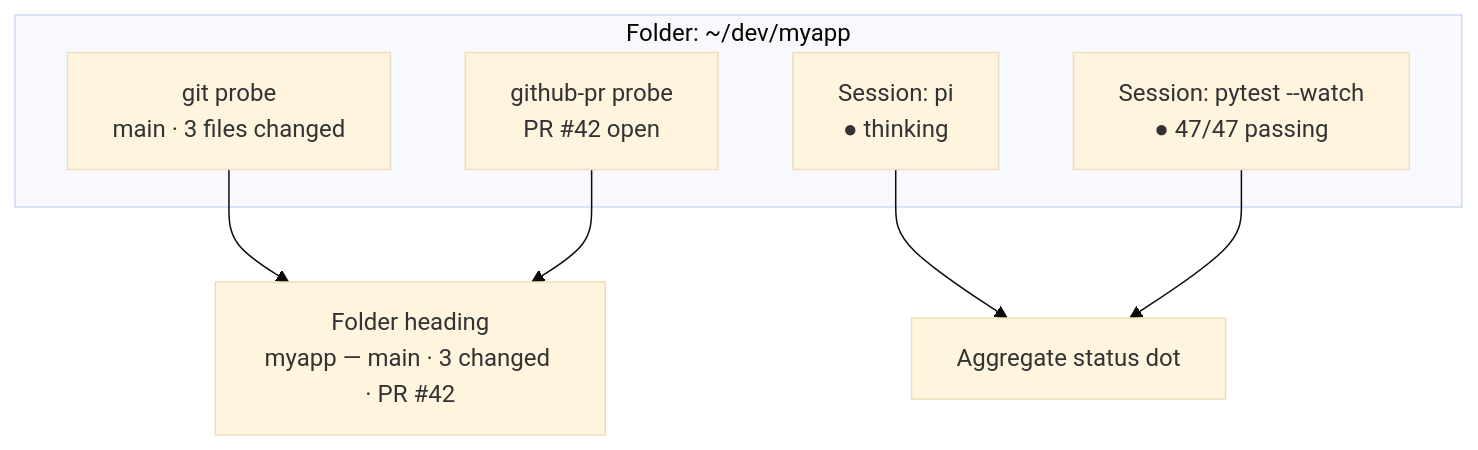
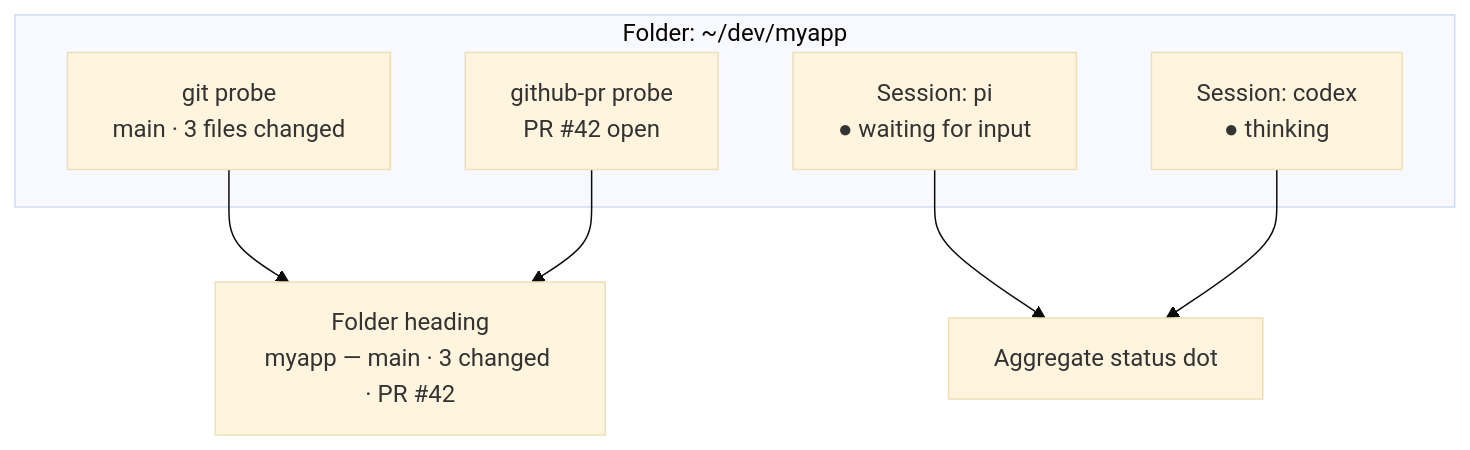
The second of 3 diagrams in README.md (snlee-iteravegames/gmux), drawn with Mermaid (base theme) before and after one commit.

Commit message:
docs: use implemented agent states in probe example

````diff
--- a/README.md
+++ b/README.md
@@ -106,14 +106,14 @@
 ```mermaid
 graph TD
     subgraph "Folder: ~/dev/myapp"
         git["git probe\nmain · 3 files changed"]
         pr["github-pr probe\nPR #42 open"]
-        s1["Session: pi\n● thinking"]
-        s2["Session: pytest --watch\n● 47/47 passing"]
+        s1["Session: pi\n● waiting for input"]
+        s2["Session: codex\n● thinking"]
     end
 
     git --> heading["Folder heading\nmyapp — main · 3 changed · PR #42"]
     pr --> heading
     s1 --> dot["Aggregate status dot"]
     s2 --> dot
 ```
````
